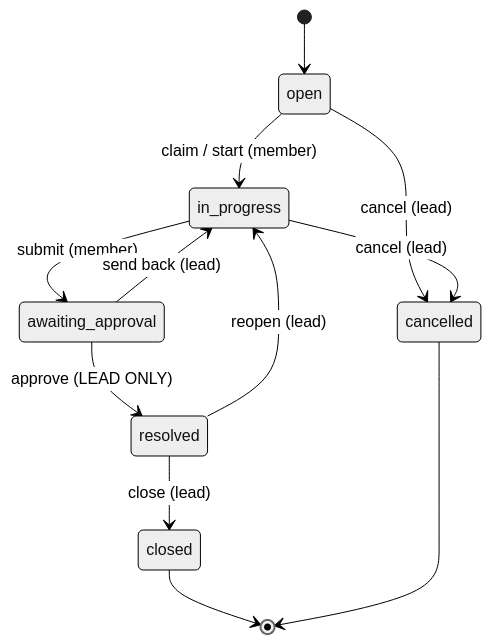
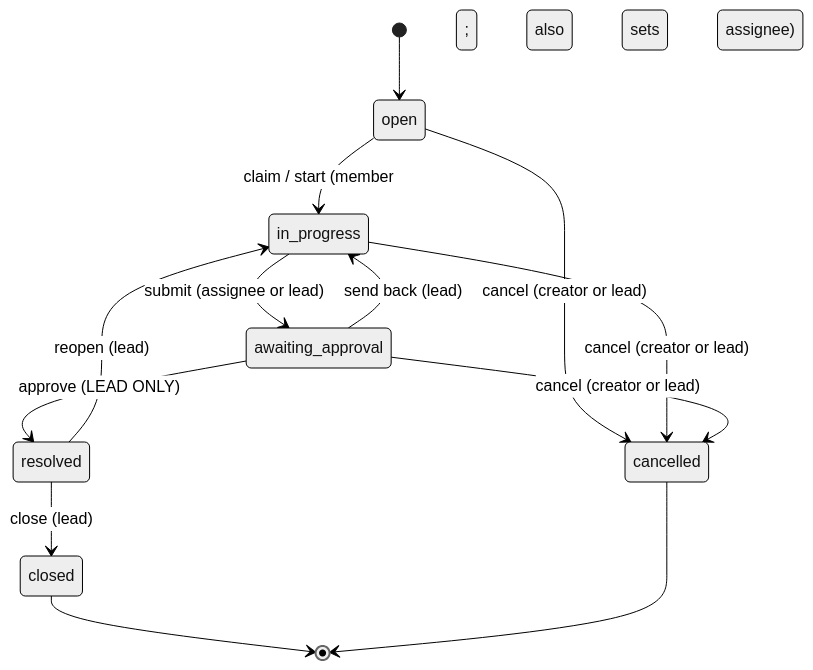
One commit to tabishraza302/newtoninte-ops changed the ninth of 9 diagrams in docs/architecture.md. Above: the diagram before and after it, drawn with Mermaid (neutral theme). The commit also changed other lines of this file and 1 other file, not shown here.

````diff
--- a/docs/architecture.md
+++ b/docs/architecture.md
@@ -360,14 +365,15 @@
 ```mermaid
 stateDiagram-v2
   [*] --> open
-  open --> in_progress : claim / start (member)
-  open --> cancelled : cancel (lead)
-  in_progress --> awaiting_approval : submit (member)
+  open --> in_progress : claim / start (member; also sets assignee)
+  open --> cancelled : cancel (creator or lead)
+  in_progress --> awaiting_approval : submit (assignee or lead)
+  in_progress --> cancelled : cancel (creator or lead)
   awaiting_approval --> resolved : approve (LEAD ONLY)
   awaiting_approval --> in_progress : send back (lead)
+  awaiting_approval --> cancelled : cancel (creator or lead)
   resolved --> closed : close (lead)
   resolved --> in_progress : reopen (lead)
-  in_progress --> cancelled : cancel (lead)
   closed --> [*]
   cancelled --> [*]
 ```
````
